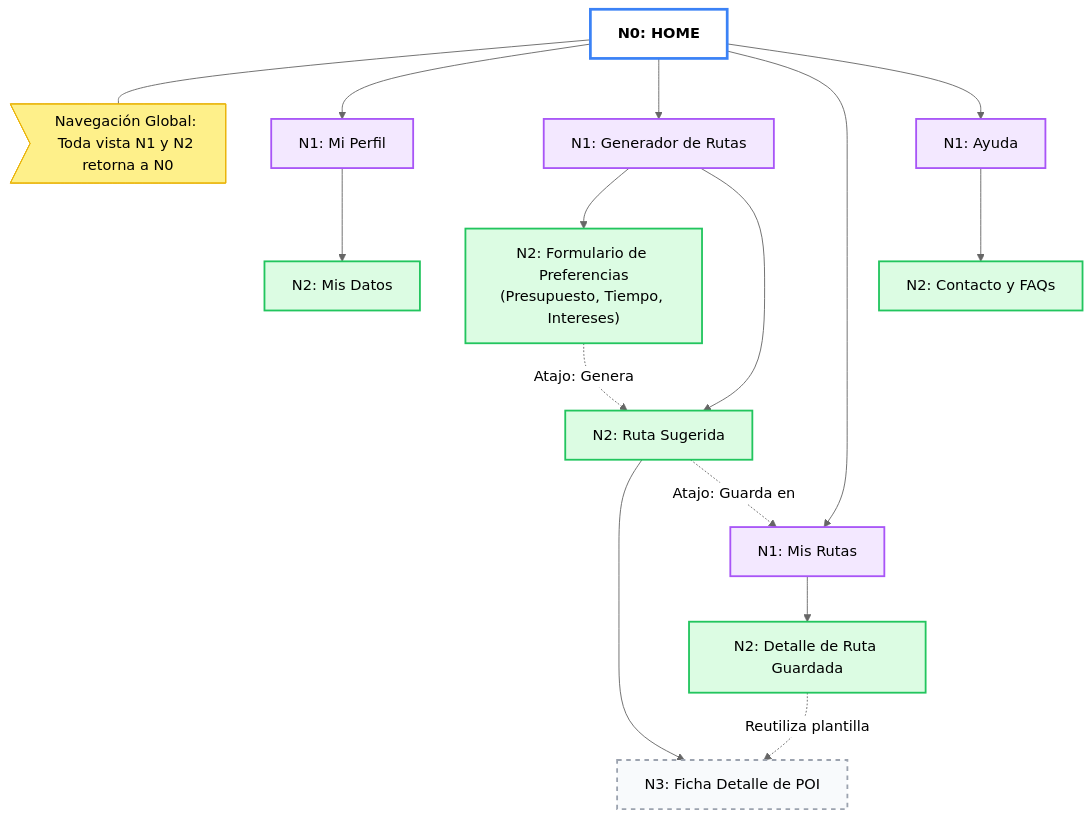
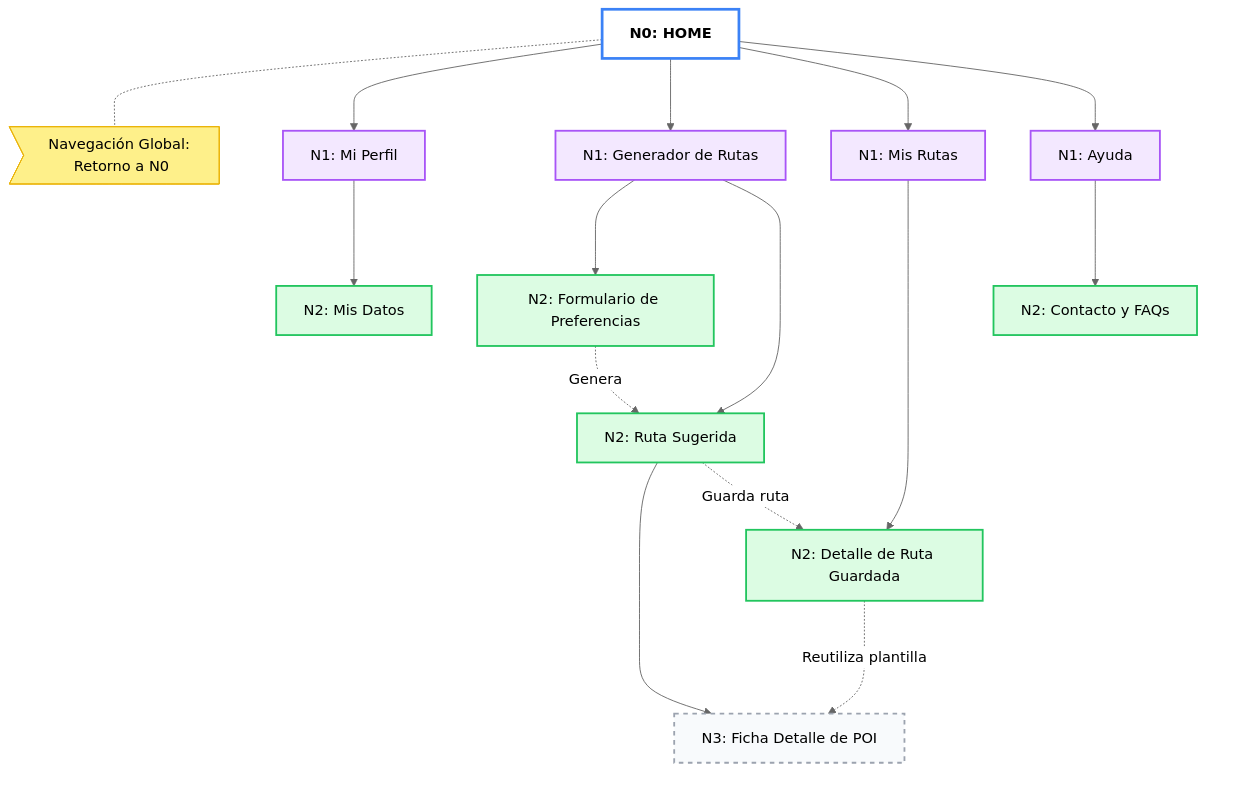
One commit to Sxnr/Santiago-Inteligente changed the diagram in Arquitectura_Informacion.md. Above: the diagram before and after it, drawn with Mermaid (neutral theme).

Commit message:
Ajustes a la arquitectura de informacion

````diff
--- a/Arquitectura_Informacion.md
+++ b/Arquitectura_Informacion.md
@@ -1,40 +1,50 @@
 ```mermaid
 graph TD
     classDef n0 fill:#ffffff,stroke:#3b82f6,stroke-width:3px,font-weight:bold,color:#000
     classDef n1 fill:#f3e8ff,stroke:#a855f7,stroke-width:2px,color:#000
     classDef n2 fill:#dcfce3,stroke:#22c55e,stroke-width:2px,color:#000
     classDef n3 fill:#f8fafc,stroke:#9ca3af,stroke-width:2px,stroke-dasharray: 5 5,color:#000
     classDef nota fill:#fef08a,stroke:#eab308,stroke-width:1px,color:#000
 
     N0["N0: HOME"]:::n0
-    GlobalNav>Navegación Global: Toda vista N1 y N2 retorna a N0]:::nota
-    
-    N0 --- GlobalNav
+    GlobalNav>Navegación Global: Retorno a N0]:::nota
+    N0 -.- GlobalNav
 
-    N0 --> N1_1["N1: Mi Perfil"]:::n1
-    N0 --> N1_2["N1: Generador de Rutas"]:::n1
-    N0 --> N1_3["N1: Mis Rutas"]:::n1
-    N0 --> N1_4["N1: Ayuda"]:::n1
+    %% HACK: ENVOLVER EN CAJAS INVISIBLES PARA FORZAR ALINEACIÓN HORIZONTAL
+    subgraph Nivel_1 [" "]
+        N1_1["N1: Mi Perfil"]:::n1
+        N1_2["N1: Generador de Rutas"]:::n1
+        N1_3["N1: Mis Rutas"]:::n1
+        N1_4["N1: Ayuda"]:::n1
+    end
 
-    %% Rama Mi Perfil
-    N1_1 --> N2_1["N2: Mis Datos"]:::n2
+    subgraph Nivel_2 [" "]
+        N2_1["N2: Mis Datos"]:::n2
+        N2_3["N2: Formulario de Preferencias"]:::n2
+        N2_4["N2: Ruta Sugerida"]:::n2
+        N2_5["N2: Detalle de Ruta Guardada"]:::n2
+        N2_7["N2: Contacto y FAQs"]:::n2
+    end
 
-    %% Rama Generador (Formulario consolidado en N2)
-    N1_2 --> N2_3["N2: Formulario de Preferencias<br>(Presupuesto, Tiempo, Intereses)"]:::n2
-    N1_2 --> N2_4["N2: Ruta Sugerida"]:::n2
-    
-    %% N3 dinámico
-    N2_4 --> N3_1["N3: Ficha Detalle de POI"]:::n3
+    subgraph Nivel_3 [" "]
+        N3_1["N3: Ficha Detalle de POI"]:::n3
+    end
 
-    %% Rama Mis Rutas (Plantilla en lugar de instancia)
-    N1_3 --> N2_5["N2: Detalle de Ruta Guardada"]:::n2
-    
-    %% Rama Ayuda
-    N1_4 --> N2_7["N2: Contacto y FAQs"]:::n2
+    %% Conexiones verticales
+    N0 --> N1_1 & N1_2 & N1_3 & N1_4
+    N1_1 --> N2_1
+    N1_2 --> N2_3 & N2_4
+    N1_3 --> N2_5
+    N1_4 --> N2_7
+    N2_4 --> N3_1
 
-    %% Enlaces transversales de navegación
-    N2_3 -.->|"Atajo: Genera"| N2_4
-    N2_4 -.->|"Atajo: Guarda en"| N1_3
+    %% Conexiones transversales (ahora no romperán el layout)
+    N2_3 -.->|"Genera"| N2_4
+    N2_4 -.->|"Guarda ruta"| N2_5
     N2_5 -.->|"Reutiliza plantilla"| N3_1
 
+    %% Ocultamos los bordes de los subgrafos
+    style Nivel_1 fill:none,stroke:none,color:transparent
+    style Nivel_2 fill:none,stroke:none,color:transparent
+    style Nivel_3 fill:none,stroke:none,color:transparent
 ```
````
